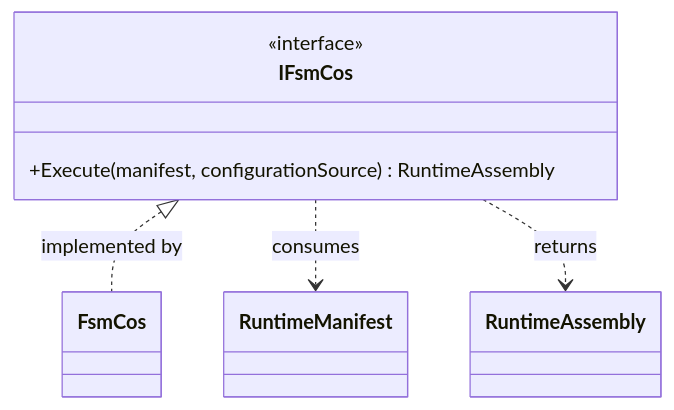
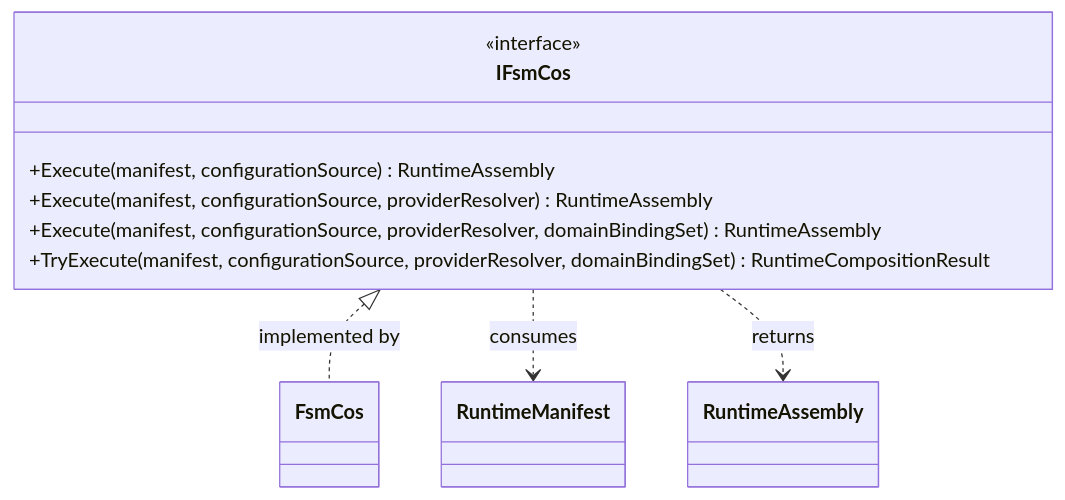
The diagram in docs/UML/src/FSM_COS/IFsmCos.md (TrentBest/TheSingularityWorkshop.FSM_COS), drawn with Mermaid before and after one commit. The commit also changed other lines of this file, not shown here.

Commit message:
Document portable binding validation at FSM_COS composition boundary

```diff
--- a/docs/UML/src/FSM_COS/IFsmCos.md
+++ b/docs/UML/src/FSM_COS/IFsmCos.md
@@ -16,13 +16,16 @@
 ~~~mermaid
 classDiagram
     class IFsmCos {
         <<interface>>
         +Execute(manifest, configurationSource) RuntimeAssembly
+        +Execute(manifest, configurationSource, providerResolver) RuntimeAssembly
+        +Execute(manifest, configurationSource, providerResolver, domainBindingSet) RuntimeAssembly
+        +TryExecute(manifest, configurationSource, providerResolver, domainBindingSet) RuntimeCompositionResult
     }
     class FsmCos
     class RuntimeManifest
     class RuntimeAssembly
     IFsmCos <|.. FsmCos : implemented by
     IFsmCos ..> RuntimeManifest : consumes
     IFsmCos ..> RuntimeAssembly : returns
 ~~~
```
